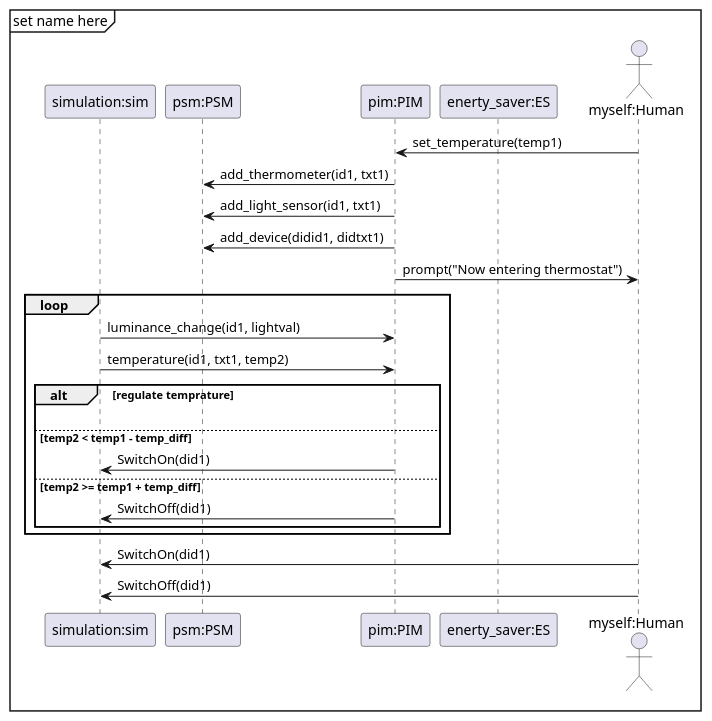
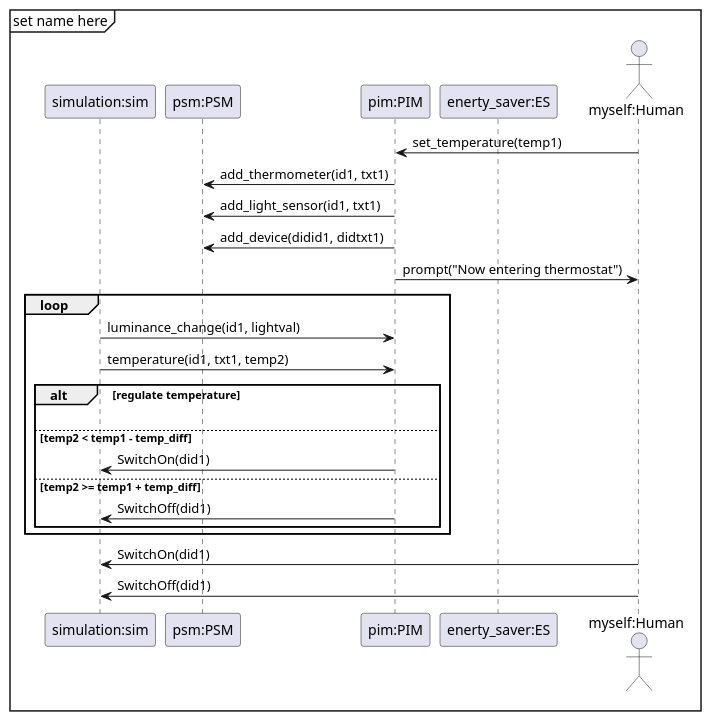
The diagram in Oblig1/sequence diagram.plantuml (Tobhal/HIOF-Models-and-Digital-Twins), drawn with PlantUML before and after one commit. The commit also changed 4 other files, not shown here.

```diff
--- a/Oblig1/sequence diagram.plantuml
+++ b/Oblig1/sequence diagram.plantuml
@@ -1,33 +1,33 @@
 @startuml sequense diagram
 mainframe set name here
 
 participant "simulation:sim" as sim
 participant "psm:PSM" as psm
 participant "pim:PIM" as pim
 participant "enerty_saver:ES" as es
 actor "myself:Human" as human
 
 pim <- human : set_temperature(temp1)
 psm <- pim: add_thermometer(id1, txt1)
 psm <- pim: add_light_sensor(id1, txt1)
 psm <- pim: add_device(didid1, didtxt1)
 pim -> human : prompt("Now entering thermostat")
 
 loop
     sim -> pim: luminance_change(id1, lightval)
     sim -> pim: temperature(id1, txt1, temp2)
 
-    alt regulate temprature
+    alt regulate temperature
         |||
         else temp2 < temp1 - temp_diff
             pim -> sim: SwitchOn(did1)
         else temp2 >= temp1 + temp_diff
             pim -> sim: SwitchOff(did1)
     end
 
 end
 
 sim <- human: SwitchOn(did1)
 sim <- human: SwitchOff(did1)
 
 @enduml
```
